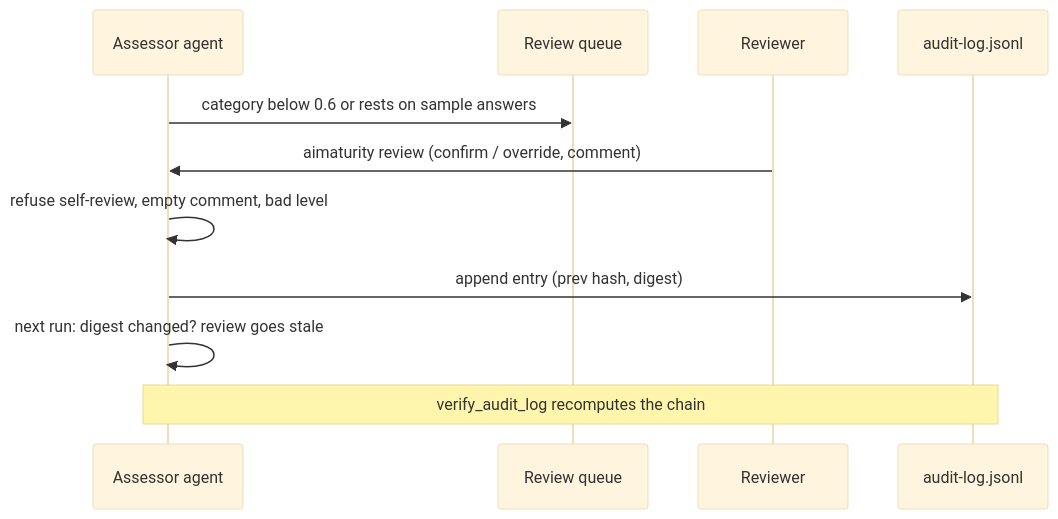
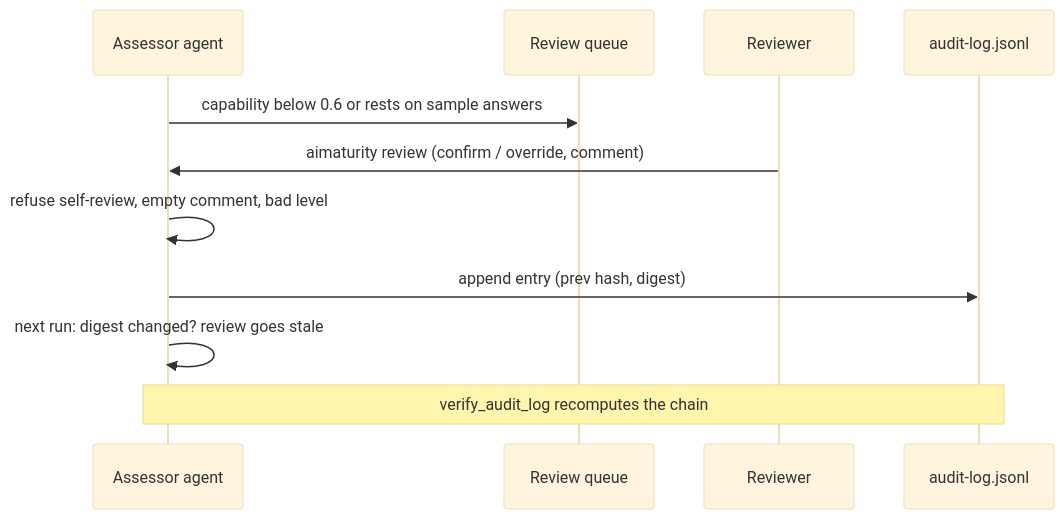
One commit to jagadishmazure-jpg/Jagadish-ai-maturity-assessment changed the diagram in docs/components/hitl-review.md. Above: the diagram before and after it, drawn with Mermaid (base theme). The commit also changed other lines of this file and 12 other files, not shown here.

````diff
--- a/docs/components/hitl-review.md
+++ b/docs/components/hitl-review.md
@@ -15,13 +15,13 @@
 ```mermaid
 sequenceDiagram
   participant A as Assessor agent
   participant Q as Review queue
   participant R as Reviewer
   participant L as audit-log.jsonl
-  A->>Q: category below 0.6 or rests on sample answers
+  A->>Q: capability below 0.6 or rests on sample answers
   R->>A: aimaturity review (confirm / override, comment)
   A->>A: refuse self-review, empty comment, bad level
   A->>L: append entry (prev hash, digest)
   A->>A: next run: digest changed? review goes stale
   Note over A,L: verify_audit_log recomputes the chain
 ```
````
